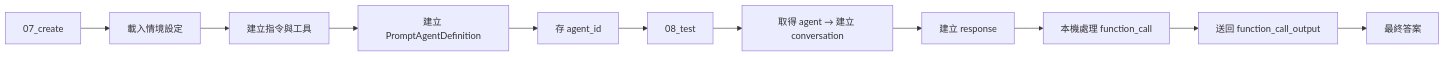
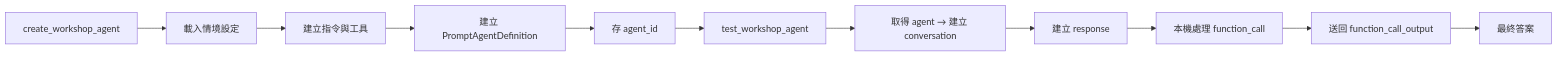
Before and after one commit to payton-chou-ms/e2e-ms-foundry-workshop: the diagram in workshop/docs/03-understand/02-foundry-agent.md, drawn with Mermaid. The commit also changed other lines of this file and 74 other files, not shown here.

````diff
--- a/workshop/docs/03-understand/02-foundry-agent.md
+++ b/workshop/docs/03-understand/02-foundry-agent.md
@@ -36,13 +36,13 @@
 ```mermaid
 flowchart LR
-    A[07_create] --> B[載入情境設定]
+    A[create_workshop_agent] --> B[載入情境設定]
     B --> C[建立指令與工具]
     C --> D[建立 PromptAgentDefinition]
     D --> E[存 agent_id]
-    E --> F[08_test]
+    E --> F[test_workshop_agent]
     F --> G[取得 agent → 建立 conversation]
     G --> H[建立 response]
     H --> I[本機處理 function_call]
     I --> J[送回 function_call_output]
     J --> K[最終答案]
 ```
````
